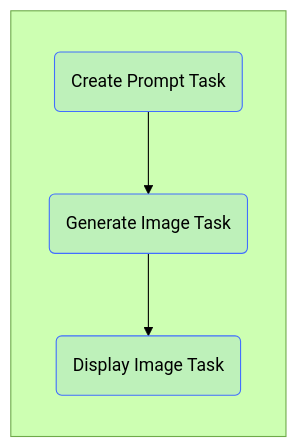
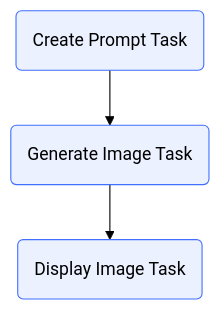
Before and after one commit to griptape-ai/griptape-trade-school: the fourth of 4 diagrams in docs/courses/create-image-pipeline/03_first_pipeline.md, drawn with Mermaid (forest theme). The commit also changed other lines of this file and 3 other files, not shown here.

````diff
--- a/docs/courses/create-image-pipeline/03_first_pipeline.md
+++ b/docs/courses/create-image-pipeline/03_first_pipeline.md
@@ -447,12 +441,11 @@
 ``` mermaid
 graph TB 
-    subgraph " "
-        direction TB
-        B(Create Prompt Task):::main
-        C(Generate Image Task):::main
-        D(Display Image Task):::main
-        B --> C --> D
-    end
+    direction TB
+    B(Create Prompt Task):::main
+    C(Generate Image Task):::main
+    D(Display Image Task):::main
+    B --> C --> D
+    
     
     classDef main fill:#4274ff1a, stroke:#426eff
 ```
````
